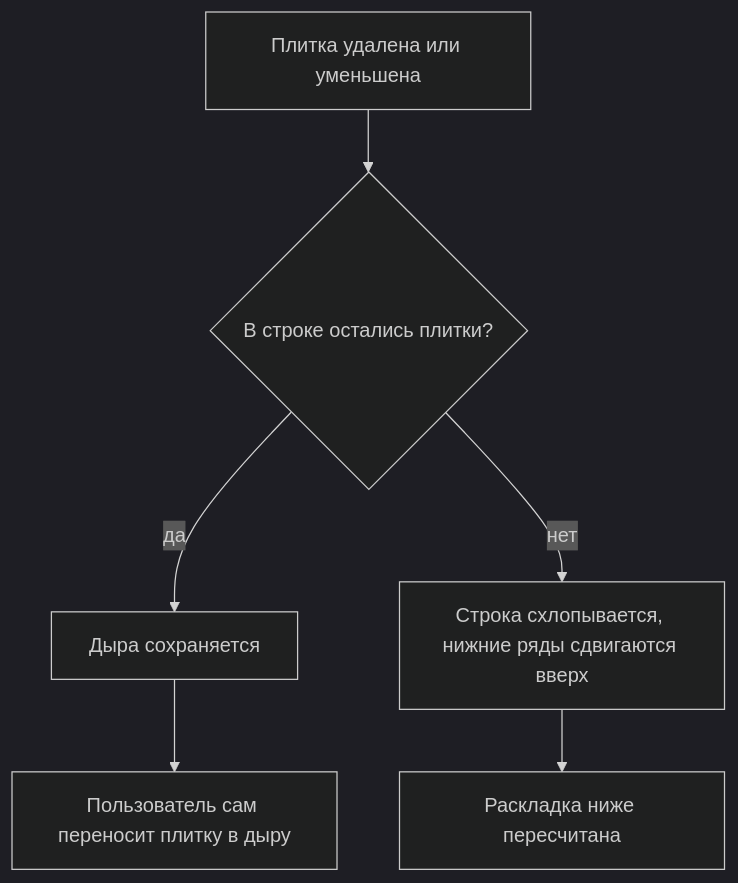
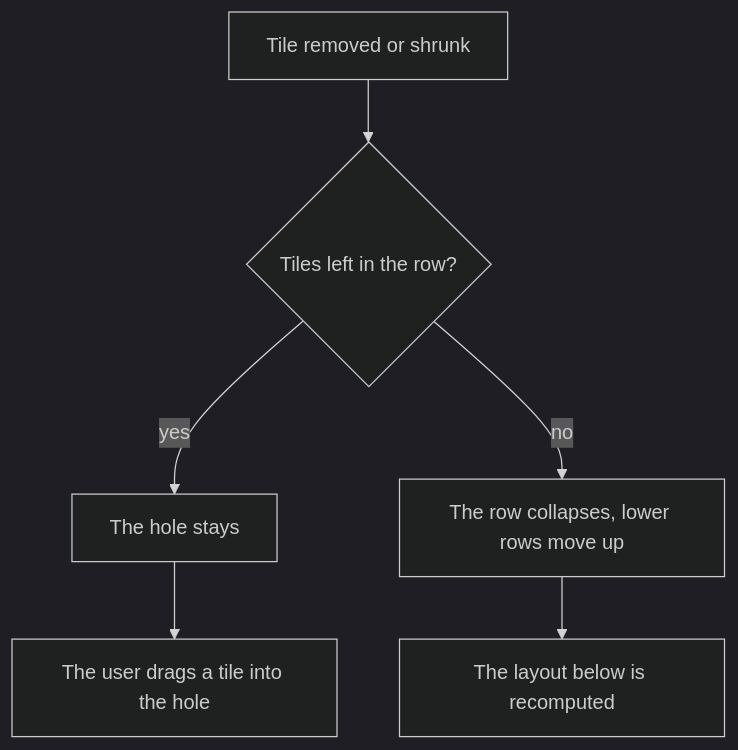
The first of 4 diagrams in docs/W10M-STARTSCREEN.md (ihodorchenko/TesseraKit), drawn with Mermaid (dark theme) before and after one commit. The commit also changed other lines of this file and 85 other files, not shown here.

````diff
--- a/docs/W10M-STARTSCREEN.md
+++ b/docs/W10M-STARTSCREEN.md
@@ -92,8 +94,8 @@
 ```mermaid
 flowchart TD
-    A1["Плитка удалена или уменьшена"] --> A2{"В строке остались плитки?"}
-    A2 -->|"да"| A3["Дыра сохраняется"]
-    A2 -->|"нет"| A4["Строка схлопывается, нижние ряды сдвигаются вверх"]
-    A3 --> A5["Пользователь сам переносит плитку в дыру"]
-    A4 --> A6["Раскладка ниже пересчитана"]
+    A1["Tile removed or shrunk"] --> A2{"Tiles left in the row?"}
+    A2 -->|"yes"| A3["The hole stays"]
+    A2 -->|"no"| A4["The row collapses, lower rows move up"]
+    A3 --> A5["The user drags a tile into the hole"]
+    A4 --> A6["The layout below is recomputed"]
 ```
````
